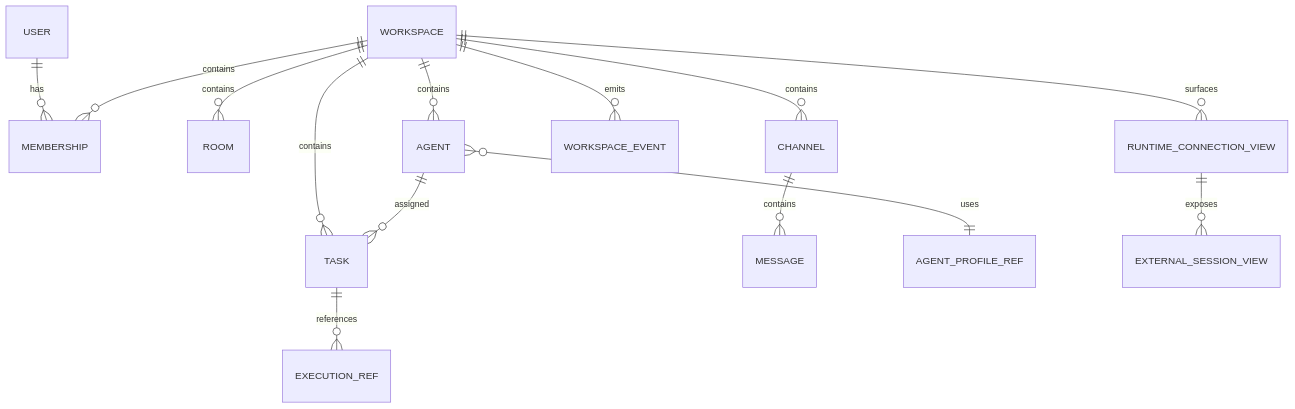
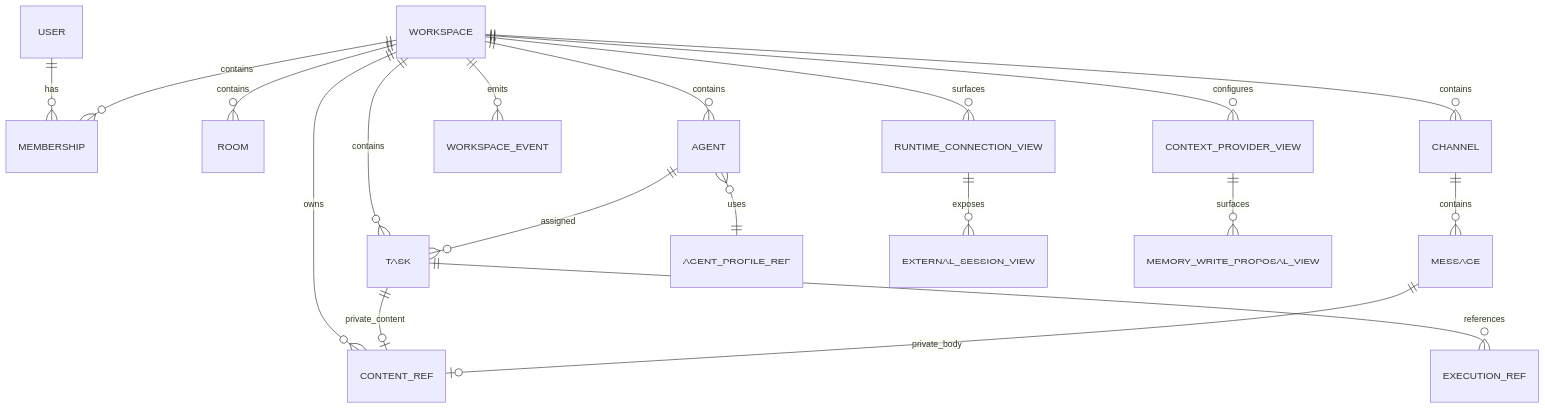
Before and after one commit to adea-ai/adea: the sixth of 18 diagrams in docs/architecture/diagram-sources.md, drawn with Mermaid. The commit also changed other lines of this file, not shown here.

Commit message:
docs: reconcile Agent HQ architecture diagrams with canonical source

````diff
--- a/docs/architecture/diagram-sources.md
+++ b/docs/architecture/diagram-sources.md
@@ -216,16 +252,21 @@
 ```mermaid
 erDiagram
     USER ||--o{ MEMBERSHIP : has
     WORKSPACE ||--o{ MEMBERSHIP : contains
     WORKSPACE ||--o{ ROOM : contains
     WORKSPACE ||--o{ AGENT : contains
     WORKSPACE ||--o{ TASK : contains
+    WORKSPACE ||--o{ CONTENT_REF : owns
     WORKSPACE ||--o{ CHANNEL : contains
     CHANNEL ||--o{ MESSAGE : contains
+    TASK ||--o| CONTENT_REF : private_content
+    MESSAGE ||--o| CONTENT_REF : private_body
     AGENT ||--o{ TASK : assigned
     TASK ||--o{ EXECUTION_REF : references
     AGENT }o--|| AGENT_PROFILE_REF : uses
     WORKSPACE ||--o{ WORKSPACE_EVENT : emits
     WORKSPACE ||--o{ RUNTIME_CONNECTION_VIEW : surfaces
     RUNTIME_CONNECTION_VIEW ||--o{ EXTERNAL_SESSION_VIEW : exposes
+    WORKSPACE ||--o{ CONTEXT_PROVIDER_VIEW : configures
+    CONTEXT_PROVIDER_VIEW ||--o{ MEMORY_WRITE_PROPOSAL_VIEW : surfaces
 ```
````
